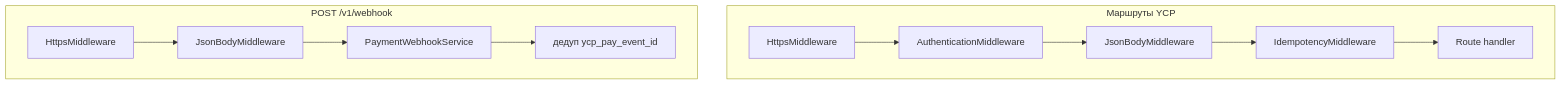
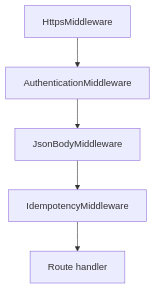
One commit to modx-pro/Docs changed the first of 3 diagrams in docs/components/msyandexcommerce/ycp.md. Above: the diagram before and after it, drawn with Mermaid. The commit also changed other lines of this file and 5 other files, not shown here.

First line of the commit message:
fix(msyandexcommerce): вертикальные Mermaid-схемы

````diff
--- a/docs/components/msyandexcommerce/ycp.md
+++ b/docs/components/msyandexcommerce/ycp.md
@@ -69,14 +71,7 @@
 ```mermaid
 flowchart TB
-  subgraph YcpRoutes[Маршруты YCP]
-    Https[HttpsMiddleware] --> Auth[AuthenticationMiddleware]
-    Auth --> Json[JsonBodyMiddleware]
-    Json --> Idem[IdempotencyMiddleware]
-    Idem --> Handler[Route handler]
-  end
-  subgraph PayWebhook["POST /v1/webhook"]
-    HttpsPay[HttpsMiddleware] --> JsonPay[JsonBodyMiddleware]
-    JsonPay --> PayHandler[PaymentWebhookService]
-    PayHandler --> EventId[дедуп ycp_pay_event_id]
-  end
+  Https[HttpsMiddleware] --> Auth[AuthenticationMiddleware]
+  Auth --> Json[JsonBodyMiddleware]
+  Json --> Idem[IdempotencyMiddleware]
+  Idem --> Handler[Route handler]
 ```
````
